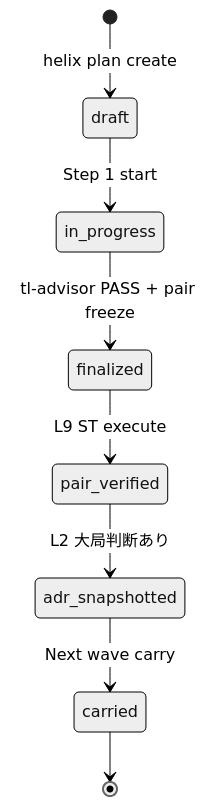
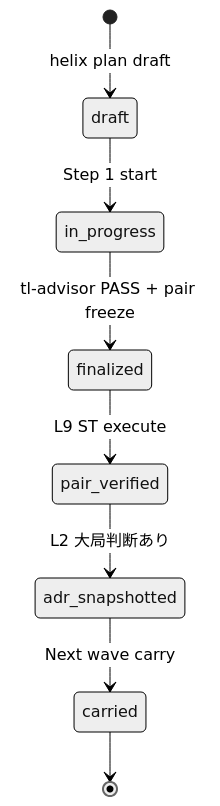
Before and after one commit to RetryYN/ai-dev-kit-vscode: the first of 7 diagrams in docs/v2/L4-architecture/helix-workflows-functional-design.md, drawn with Mermaid (neutral theme). The commit also changed other lines of this file and 4 other files, not shown here.

````diff
--- a/docs/v2/L4-architecture/helix-workflows-functional-design.md
+++ b/docs/v2/L4-architecture/helix-workflows-functional-design.md
@@ -70,10 +70,10 @@
 ```mermaid
 stateDiagram-v2
-  [*] --> draft : helix plan create
+  [*] --> draft : helix plan draft
   draft --> in_progress : Step 1 start
   in_progress --> finalized : tl-advisor PASS + pair freeze
   finalized --> pair_verified : L9 ST execute
   pair_verified --> adr_snapshotted : L2 大局判断あり
   adr_snapshotted --> carried : Next wave carry
   carried --> [*]
 ```
````
